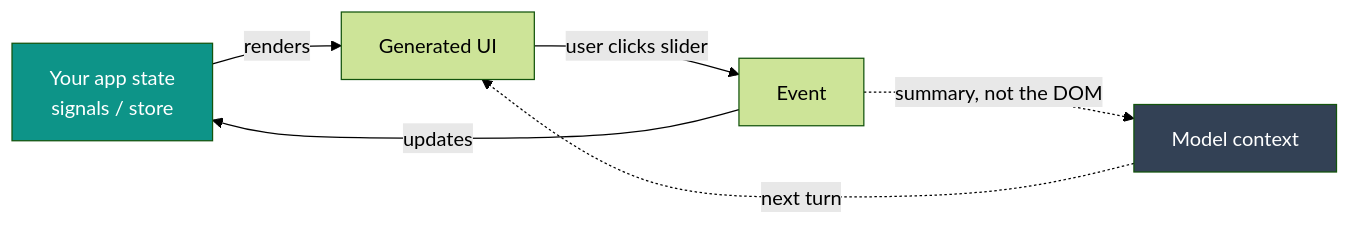
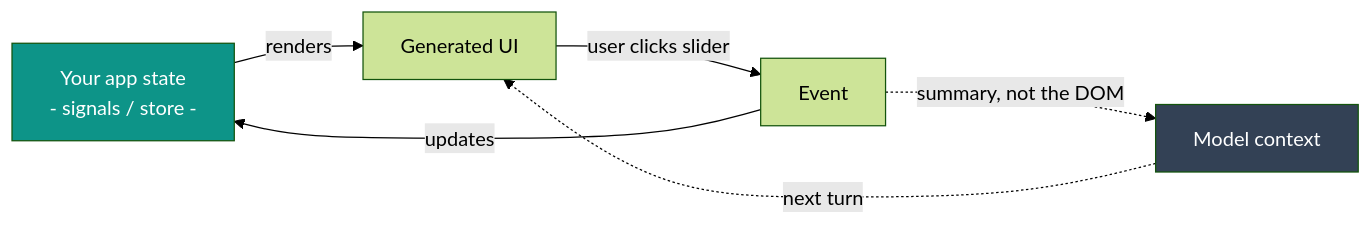
Before and after one commit to fb-talks/generative-ui: the second of 2 diagrams in decks/04-generative-ui.md, drawn with Mermaid (forest theme). The commit also changed other lines of this file and 7 other files, not shown here.

````diff
--- a/decks/04-generative-ui.md
+++ b/decks/04-generative-ui.md
@@ -392,10 +440,10 @@
 ```mermaid
 flowchart LR
-    S[Your app state<br/>signals / store] -->|renders| UI[Generated UI]
+    S[Your app state<br/>- signals / store -] -->|renders| UI[Generated UI]
     UI -->|user clicks slider| E[Event]
     E -->|updates| S
     E -.->|"summary, not the DOM"| C[Model context]
     C -.->|next turn| UI
     style S fill:#0d9488,color:#fff
     style C fill:#334155,color:#fff
 ```
````
